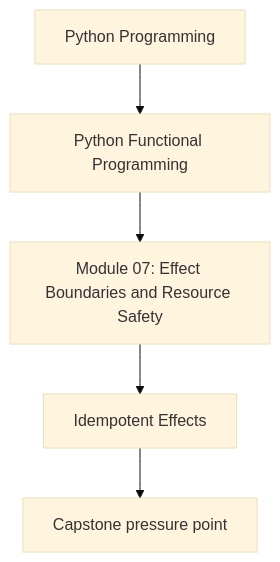
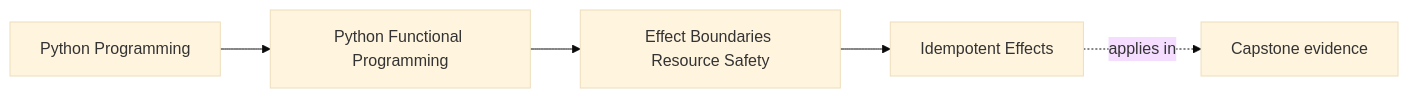
The first of 2 diagrams in programs/python-programming/python-functional-programming/course-book/module-07-effect-boundaries-resource-safety/idempotent-effects.md (bijux/bijux-masterclass), drawn with Mermaid (base theme) before and after one commit. The commit also changed other lines of this file and 108 other files, not shown here.

Commit message:
docs(python-functional-programming): map capstone and advanced design surfaces

````diff
--- a/programs/python-programming/python-functional-programming/course-book/module-07-effect-boundaries-resource-safety/idempotent-effects.md
+++ b/programs/python-programming/python-functional-programming/course-book/module-07-effect-boundaries-resource-safety/idempotent-effects.md
@@ -7,7 +7,11 @@
 ```mermaid
-flowchart TD
-  family["Python Programming"] --> program["Python Functional Programming"]
-  program --> module["Module 07: Effect Boundaries and Resource Safety"]
-  module --> concept["Idempotent Effects"]
-  concept --> capstone["Capstone pressure point"]
+graph LR
+  family["Python Programming"]
+  program["Python Functional Programming"]
+  section["Effect Boundaries Resource Safety"]
+  page["Idempotent Effects"]
+  capstone["Capstone evidence"]
+
+  family --> program --> section --> page
+  page -.applies in.-> capstone
 ```
````
